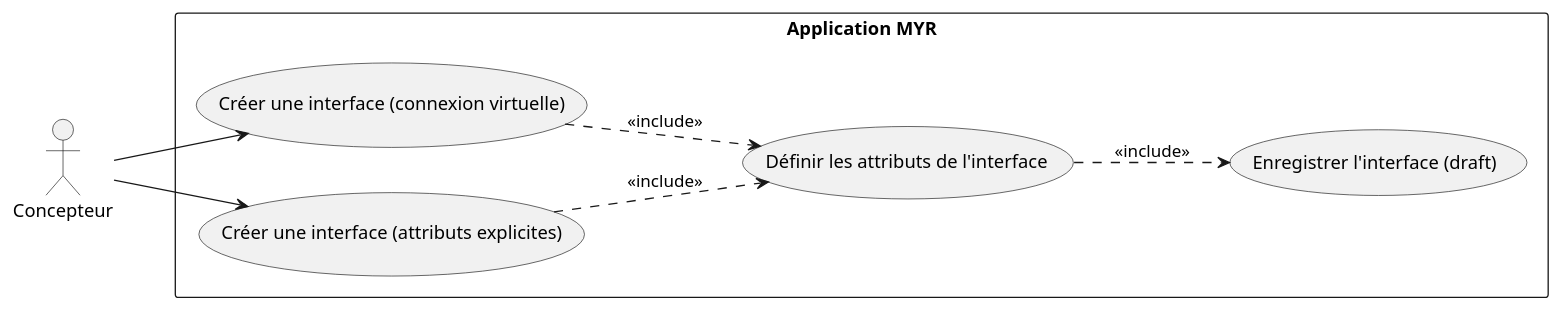
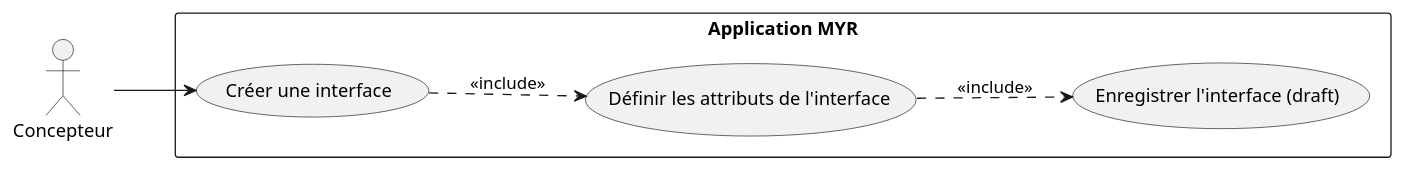
The first of 2 diagrams in specs/1-Expression/UCAM-Assemblage_Module/UCAM03.md (myr-forge/myr-core), drawn with PlantUML before and after one commit. The commit also changed other lines of this file and 49 other files, not shown here.

````diff
--- a/specs/1-Expression/UCAM-Assemblage_Module/UCAM03.md
+++ b/specs/1-Expression/UCAM-Assemblage_Module/UCAM03.md
@@ -25,21 +25,18 @@
 ```plantuml
 @startuml
 left to right direction
 
 actor "Concepteur" as C
 
 rectangle "Application MYR" {
-    usecase "Créer une interface (connexion virtuelle)" as UC1
-    usecase "Créer une interface (attributs explicites)" as UC2
-    usecase "Définir les attributs de l'interface" as UC3
-    usecase "Enregistrer l'interface (draft)" as UC4
+    usecase "Créer une interface" as UC1
+    usecase "Définir les attributs de l'interface" as UC2
+    usecase "Enregistrer l'interface (draft)" as UC3
 }
 
 C --> UC1
-C --> UC2
-UC1 ..> UC3 : <<include>>
+UC1 ..> UC2 : <<include>>
 UC2 ..> UC3 : <<include>>
-UC3 ..> UC4 : <<include>>
 
 @enduml
 ```
````
